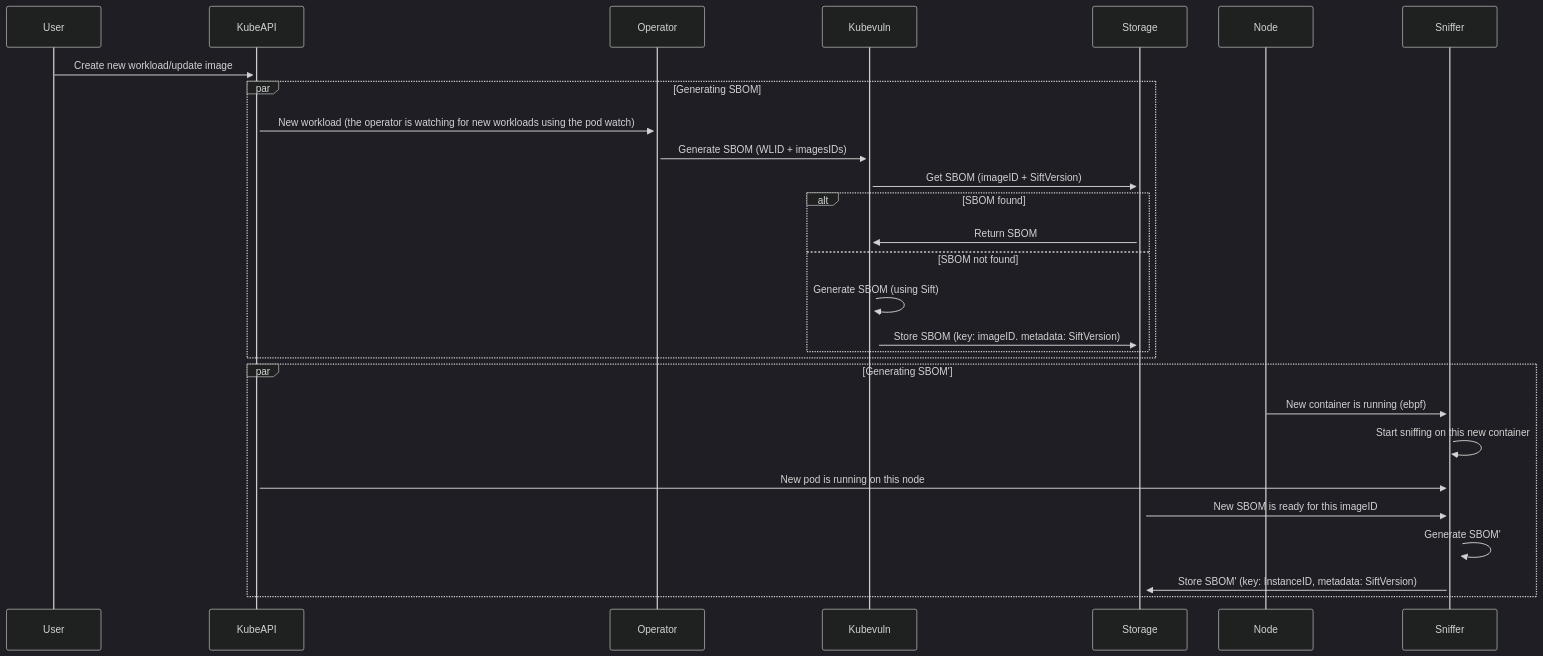
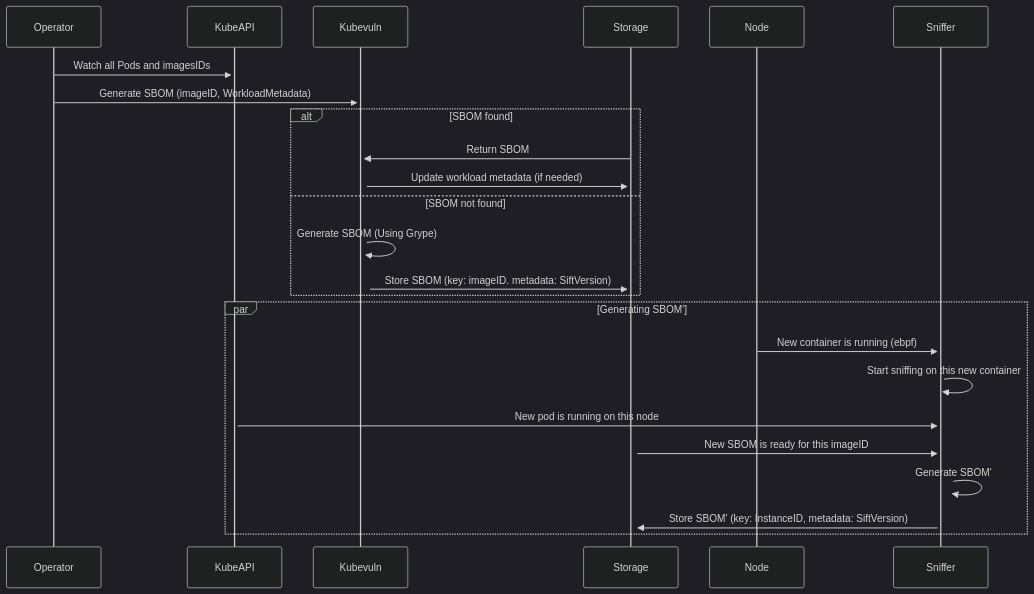
The second of 5 diagrams in charts/kubescape-cloud-operator/docs/relevancy-flow.md (dwertent/helm-charts), drawn with Mermaid (dark theme) before and after one commit. The commit also changed other lines of this file, not shown here.

Commit message:
update flows

````diff
--- a/charts/kubescape-cloud-operator/docs/relevancy-flow.md
+++ b/charts/kubescape-cloud-operator/docs/relevancy-flow.md
@@ -25,30 +26,27 @@
 ```mermaid
 sequenceDiagram
-    User ->>+ KubeAPI: Create new workload/update image
-    par Generating SBOM
-        KubeAPI ->>+ Operator: New workload (the operator is watching for new workloads using the pod watch)
-        Operator ->>+ Kubevuln: Generate SBOM (WLID + imagesIDs)
-        Kubevuln ->>+ Storage: Get SBOM (imageID + SiftVersion)
-        alt SBOM found
-            Storage ->>+ Kubevuln: Return SBOM 
-        else SBOM not found
-            Kubevuln ->>+ Kubevuln: Generate SBOM (using Sift)
-            Kubevuln ->>+ Storage: Store SBOM (key: imageID. metadata: SiftVersion)
-        end
+    Operator ->>+ KubeAPI: Watch all Pods and imagesIDs
+    Operator ->>+ Kubevuln: Generate SBOM (imageID, WorkloadMetadata)
+    alt SBOM found
+        Storage ->>+ Kubevuln: Return SBOM 
+        Kubevuln ->>+ Storage: Update workload metadata (if needed) 
+    else SBOM not found
+        Kubevuln ->>+ Kubevuln: Generate SBOM (Using Grype)
+        Kubevuln ->>+ Storage: Store SBOM (key: imageID. metadata: SiftVersion)
     end
         
     # In the end of the process, the storage will have the SBOM for the new image
 
     # The Sniffer will start sniffing the node for new containers
     par Generating SBOM'
         Node ->>+ Sniffer: New container is running (ebpf)
         Sniffer ->>+ Sniffer: Start sniffing on this new container
         KubeAPI ->>+ Sniffer: New pod is running on this node
         Storage ->>+ Sniffer: New SBOM is ready for this imageID
         Sniffer ->> Sniffer: Generate SBOM'
         Sniffer ->> Storage: Store SBOM' (key: InstanceID, metadata: SiftVersion)
     end
 
     # The sniffer will continue sniffing for X minutes (configurable), and will send the updated SBOM' to the storage every X minutes.
 
 ```
````
